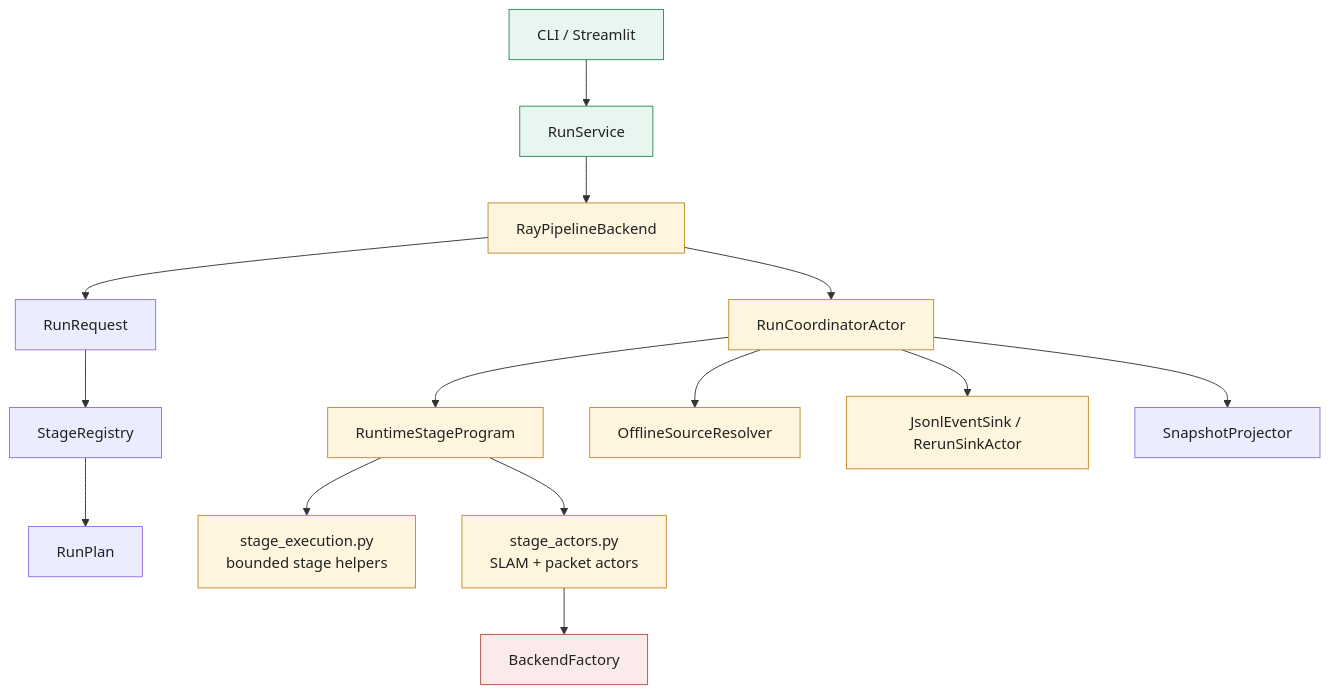
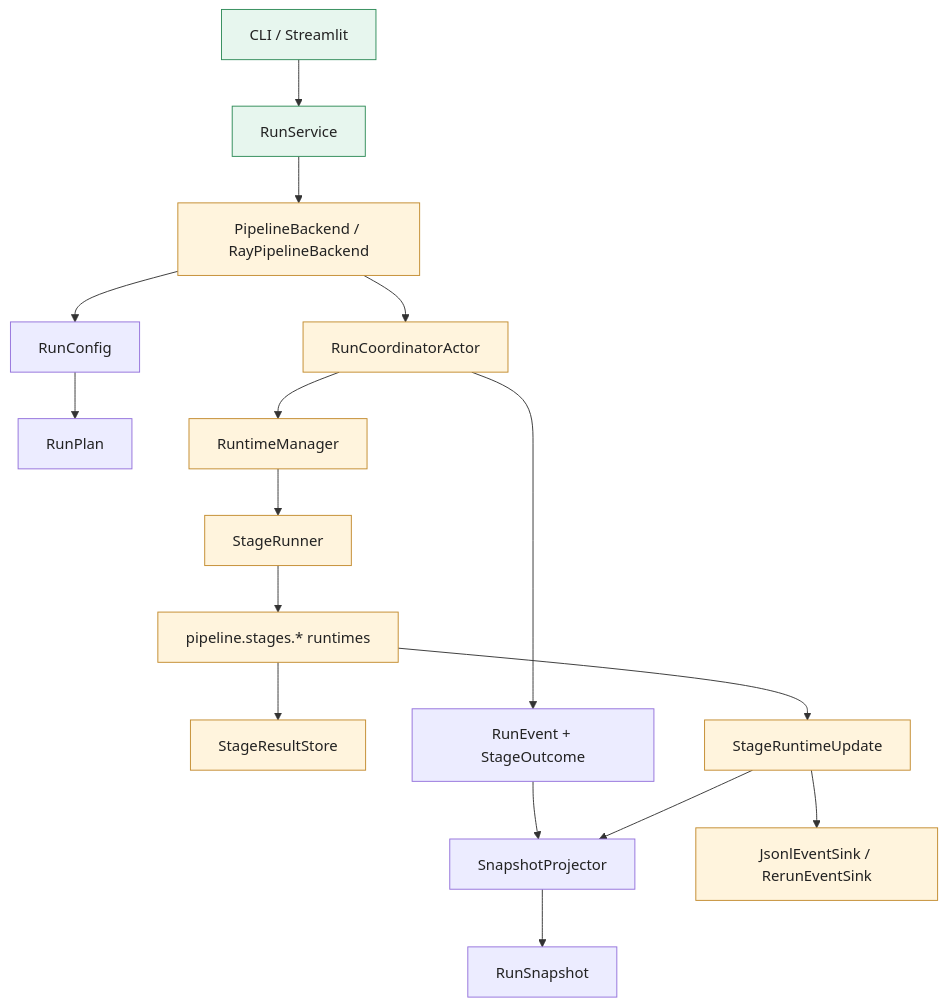
One commit to JanDuchscherer104/prml-vslam changed the diagram in docs/architecture/pipeline-stage-present-state-audit.md. Above: the diagram before and after it, drawn with Mermaid. The commit also changed other lines of this file and 2 other files, not shown here.

Commit message:
docs: refresh pipeline runtime architecture audit

````diff
--- a/docs/architecture/pipeline-stage-present-state-audit.md
+++ b/docs/architecture/pipeline-stage-present-state-audit.md
@@ -103,40 +95,38 @@
 ```mermaid
 flowchart TB
     App["CLI / Streamlit"]
     Service["RunService"]
-    Backend["RayPipelineBackend"]
-    Request["RunRequest"]
-    Registry["StageRegistry"]
+    Backend["PipelineBackend / RayPipelineBackend"]
+    Config["RunConfig"]
     Plan["RunPlan"]
     Coordinator["RunCoordinatorActor"]
-    Program["RuntimeStageProgram"]
-
-    SourceResolver["OfflineSourceResolver"]
-    StageExecution["stage_execution.py\nbounded stage helpers"]
-    StageActors["stage_actors.py\nSLAM + packet actors"]
-    MethodFactory["BackendFactory"]
-    EventSink["JsonlEventSink / RerunSinkActor"]
+    Manager["RuntimeManager"]
+    Runner["StageRunner"]
+    Store["StageResultStore"]
+    Stages["pipeline.stages.* runtimes"]
+    Events["RunEvent + StageOutcome"]
+    Updates["StageRuntimeUpdate"]
     Projector["SnapshotProjector"]
+    Snapshot["RunSnapshot"]
+    Sinks["JsonlEventSink / RerunEventSink"]
 
     App --> Service --> Backend
-    Backend --> Request
-    Request --> Registry --> Plan
+    Backend --> Config --> Plan
     Backend --> Coordinator
-    Coordinator --> Program
-    Coordinator --> SourceResolver
-    Program --> StageExecution
-    Program --> StageActors
-    StageActors --> MethodFactory
-    Coordinator --> EventSink
-    Coordinator --> Projector
+    Coordinator --> Manager --> Runner
+    Runner --> Stages --> Store
+    Stages --> Updates
+    Coordinator --> Events
+    Events --> Projector
+    Updates --> Projector
+    Projector --> Snapshot
+    Updates --> Sinks
 
     classDef app fill:#E7F6EE,stroke:#2E8B57,color:#222222;
     classDef pipeline fill:#ECECFF,stroke:#9370DB,color:#222222;
     classDef runtime fill:#FFF4DD,stroke:#C28A2C,color:#222222;
-    classDef external fill:#FBEAEA,stroke:#B85042,color:#222222;
 
     class App,Service app;
-    class Request,Registry,Plan,Projector pipeline;
-    class Backend,Coordinator,Program,StageExecution,StageActors,SourceResolver,EventSink runtime;
-    class MethodFactory external;
+    class Config,Plan,Events,Projector,Snapshot pipeline;
+    class Backend,Coordinator,Manager,Runner,Store,Stages,Sinks,Updates runtime;
 ```
````
